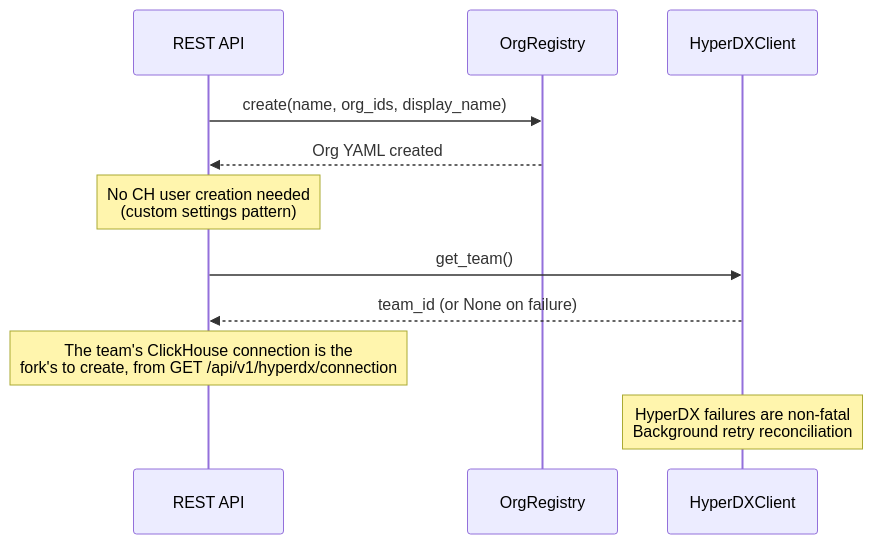
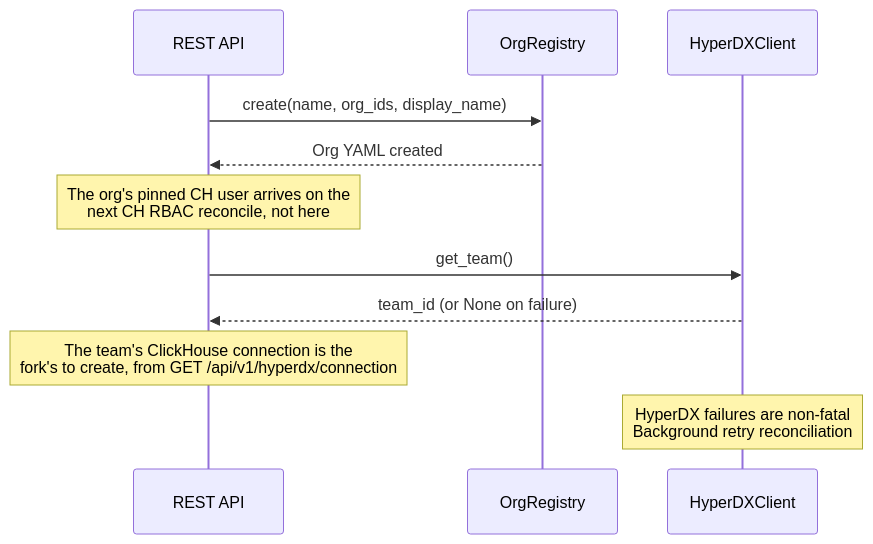
One commit to hyperi-io/dfe-engine changed the ninth of 11 diagrams in docs/control-plane/rbac.md. Above: the diagram before and after it, drawn with Mermaid. The commit also changed other lines of this file and 2 other files, not shown here.

````diff
--- a/docs/control-plane/rbac.md
+++ b/docs/control-plane/rbac.md
@@ -729,18 +650,18 @@
 ```mermaid
 sequenceDiagram
     participant API as REST API
     participant OR as OrgRegistry
     participant HDX as HyperDXClient
 
     API->>OR: create(name, org_ids, display_name)
     OR-->>API: Org YAML created
 
-    Note over API: No CH user creation needed<br/>(custom settings pattern)
+    Note over API: The org's pinned CH user arrives on the<br/>next CH RBAC reconcile, not here
 
     API->>HDX: get_team()
     HDX-->>API: team_id (or None on failure)
 
     Note over API: The team's ClickHouse connection is the<br/>fork's to create, from GET /api/v1/hyperdx/connection
 
     Note over HDX: HyperDX failures are non-fatal<br/>Background retry reconciliation
 ```
````
